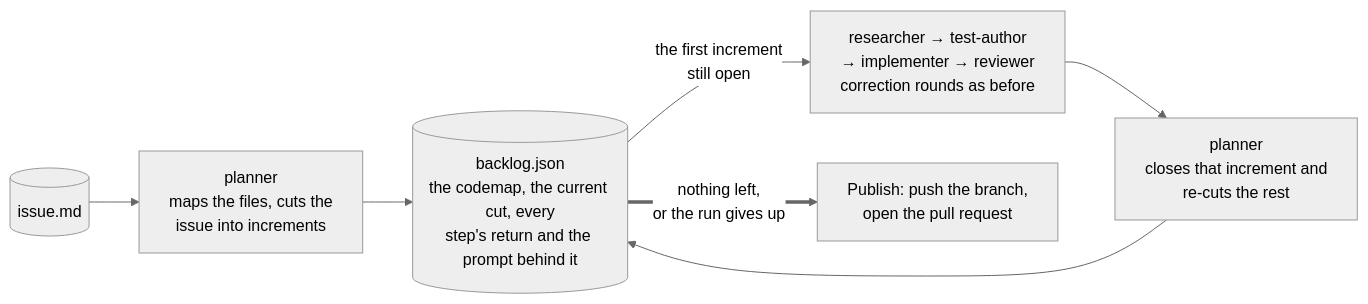
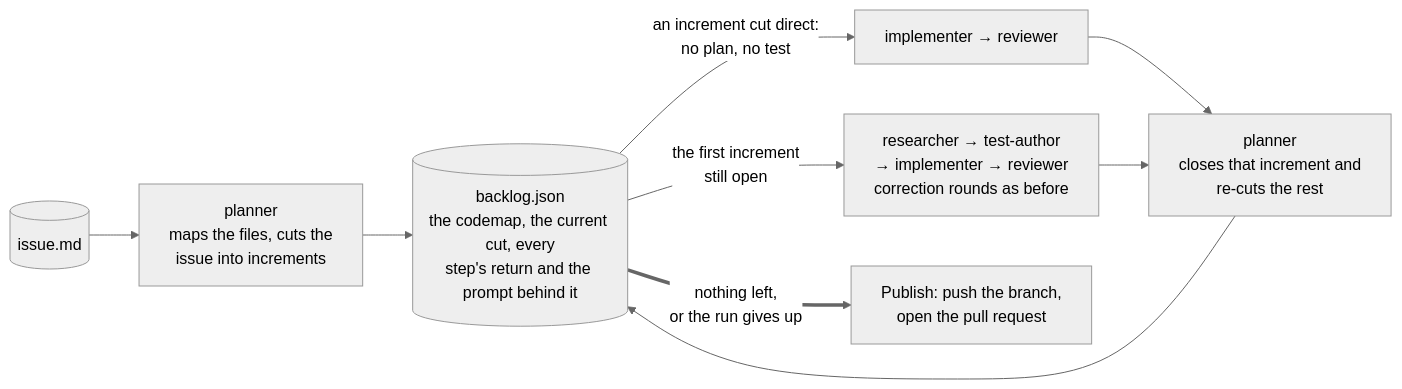
The second of 4 diagrams in README.md (artkoenig/uroboros), drawn with Mermaid (neutral theme) before and after one commit. The commit also changed other lines of this file and 17 other files, not shown here.

First line of the commit message:
The planner classifies each increment's chain depth, and the reviewer probes in the sandbox (#84)

````diff
--- a/README.md
+++ b/README.md
@@ -139,9 +149,11 @@
 ```mermaid
 flowchart LR
     ISSUE[("issue.md")] --> PLAN["planner<br/>maps the files, cuts the<br/>issue into increments"]
     PLAN --> BACK[("backlog.json<br/>the codemap, the current cut, every<br/>step's return and the prompt behind it")]
     BACK -->|"the first increment<br/>still open"| CHAIN["researcher → test-author<br/>→ implementer → reviewer<br/>correction rounds as before"]
+    BACK -->|"an increment cut direct:<br/>no plan, no test"| SHORT["implementer → reviewer"]
+    SHORT --> REPLAN
     CHAIN --> REPLAN["planner<br/>closes that increment and<br/>re-cuts the rest"]
     REPLAN --> BACK
     BACK ==>|"nothing left,<br/>or the run gives up"| PUB["Publish: push the branch,<br/>open the pull request"]
 ```
````
